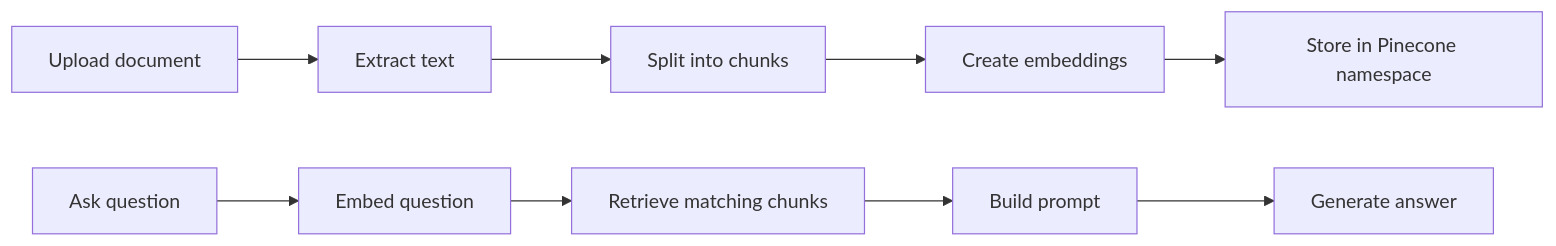
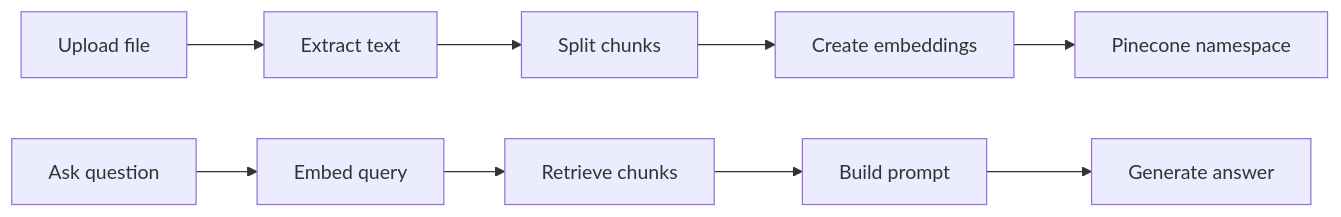
One commit to Valo-Asura/custom_ai_bot changed the diagram in README.md. Above: the diagram before and after it, drawn with Mermaid. The commit also changed other lines of this file and 20 other files, not shown here.

````diff
--- a/README.md
+++ b/README.md
@@ -54,11 +38,11 @@
 ```mermaid
 flowchart LR
-    A[Upload document] --> B[Extract text]
-    B --> C[Split into chunks]
+    A[Upload file] --> B[Extract text]
+    B --> C[Split chunks]
     C --> D[Create embeddings]
-    D --> E[Store in Pinecone namespace]
-    F[Ask question] --> G[Embed question]
-    G --> H[Retrieve matching chunks]
+    D --> E[Pinecone namespace]
+    F[Ask question] --> G[Embed query]
+    G --> H[Retrieve chunks]
     H --> I[Build prompt]
     I --> J[Generate answer]
 ```
````
